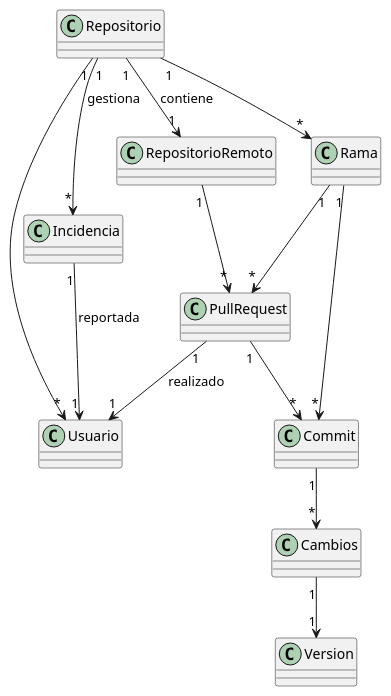
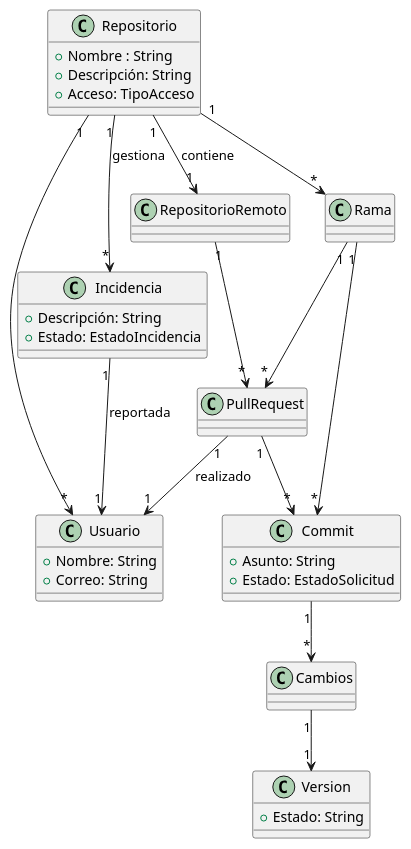
Before and after one commit to mmasias/24-25-EDA1: the diagram in entregas/ReyOrtizPablo/Reto-005/Codigo_Esquema.puml, drawn with PlantUML.

Commit message:
descripción de clases

```diff
--- a/entregas/ReyOrtizPablo/Reto-005/Codigo_Esquema.puml
+++ b/entregas/ReyOrtizPablo/Reto-005/Codigo_Esquema.puml
@@ -1,20 +1,48 @@
 @startuml DiagramaSistema
 Repositorio "1" --> "*" Usuario
 Repositorio "1" --> "*" Rama 
 Repositorio "1" --> "1" RepositorioRemoto : contiene
 Repositorio "1" --> "*" Incidencia : gestiona
 
 Rama "1" --> "*" Commit
 Rama "1" --> "*" PullRequest
 
 Commit "1" --> "*" Cambios
 Cambios "1" --> "1" Version
 
 PullRequest "1" --> "1" Usuario : realizado
 PullRequest "1" --> "*" Commit 
 
 Incidencia "1" --> "1" Usuario : reportada
 
 RepositorioRemoto "1" --> "*" PullRequest
 
+
+class Repositorio  {
+  + Nombre : String
+  + Descripción: String
+  + Acceso: TipoAcceso
+}
+
+class Version {
+  + Estado: String
+}
+
+class Commit {
+  + Asunto: String
+  + Estado: EstadoSolicitud
+}
+class Usuario {
+  + Nombre: String
+  + Correo: String
+}
+
+class Incidencia {
+  + Descripción: String
+  + Estado: EstadoIncidencia
+}
+
+class Rama
+class RepositorioRemoto
+class PullRequest
 @enduml
```
